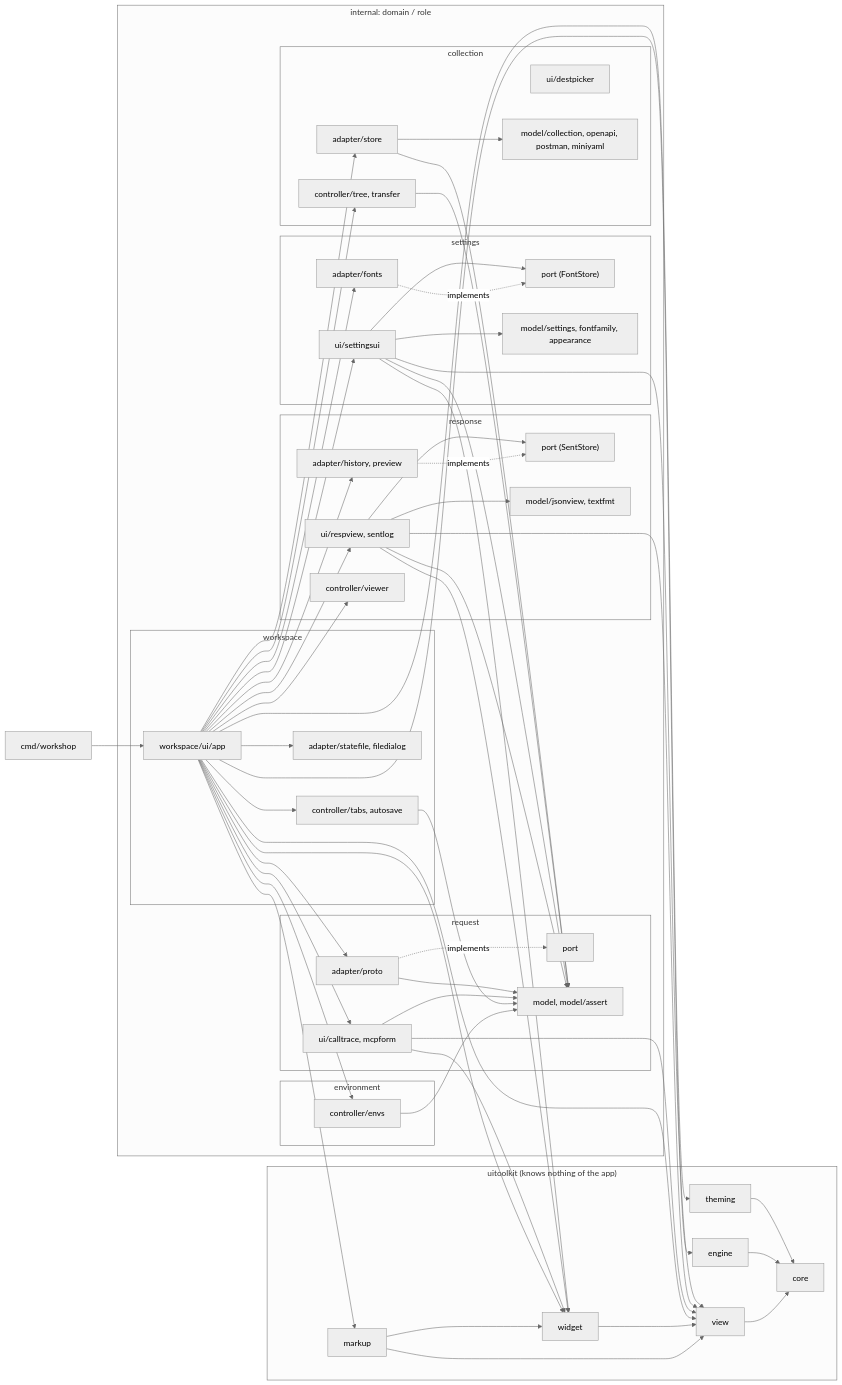
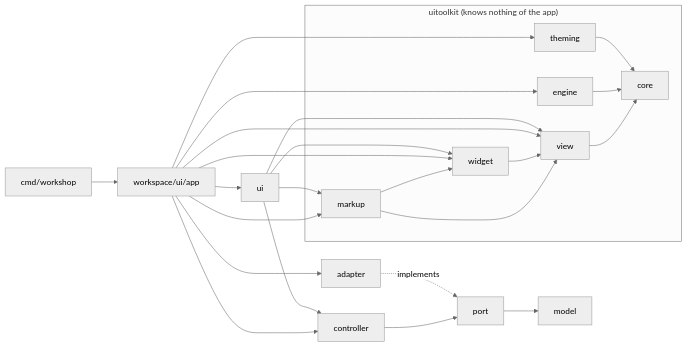
Before and after one commit to gascoigne-ai/gascoigne-workshop: the diagram in .harness/architecture.md, drawn with Mermaid (neutral theme). The commit also changed other lines of this file and 5 other files, not shown here.

First line of the commit message:
docs(harness): architecture.md matches the code, links the package map

````diff
--- a/.harness/architecture.md
+++ b/.harness/architecture.md
@@ -10,61 +12,17 @@
 ```mermaid
 flowchart LR
   cmd["cmd/workshop"] --> app["workspace/ui/app"]
-  subgraph domains["internal: domain / role"]
-    subgraph request
-      rui["ui/calltrace, mcpform"]
-      rad["adapter/proto"]
-      rport["port"]
-      rmod["model, model/assert"]
-    end
-    subgraph collection
-      cad["adapter/store"]
-      cctl["controller/tree, transfer"]
-      cui["ui/destpicker"]
-      cmod["model/collection, openapi, postman, miniyaml"]
-    end
-    subgraph response
-      sui["ui/respview, sentlog"]
-      sport["port (SentStore)"]
-      sad["adapter/history, preview"]
-      smod["model/jsonview, textfmt"]
-      sctl["controller/viewer"]
-    end
-    subgraph settings
-      tui["ui/settingsui"]
-      tport["port (FontStore)"]
-      tad["adapter/fonts"]
-      tmod["model/settings, fontfamily, appearance"]
-    end
-    subgraph environment
-      ectl["controller/envs"]
-    end
-    subgraph workspace
-      app
-      wctl["controller/tabs, autosave"]
-      wad["adapter/statefile, filedialog"]
-    end
-  end
-  app --> ectl & wctl & cctl & sctl
-  ectl & wctl & cctl --> rmod
-  app --> rui & rad & cad & sui & sad & tui & tad & wad
-  rui & rad & cad & sui & tui --> rmod
-  rad -. implements .-> rport
-  sad -. implements .-> sport
-  sui --> sport
-  tad -. implements .-> tport
-  tui --> tport
-  tui --> tmod
-  cad --> cmod
-  sui --> smod
+  app --> ui["ui"] & ctl["controller"] & adp["adapter"]
+  ui --> ctl --> port["port"] --> mdl["model"]
+  adp -. implements .-> port
   subgraph toolkit["uitoolkit (knows nothing of the app)"]
     markup["markup"] --> widget["widget"]
     markup --> view["view"]
     widget --> view
     view --> core["core"]
     engine["engine"] --> core
     theming["theming"] --> core
   end
-  app --> markup & widget & view & engine & theming
-  rui & sui & tui --> view & widget
+  app & ui --> markup & widget & view
+  app --> engine & theming
 ```
````
